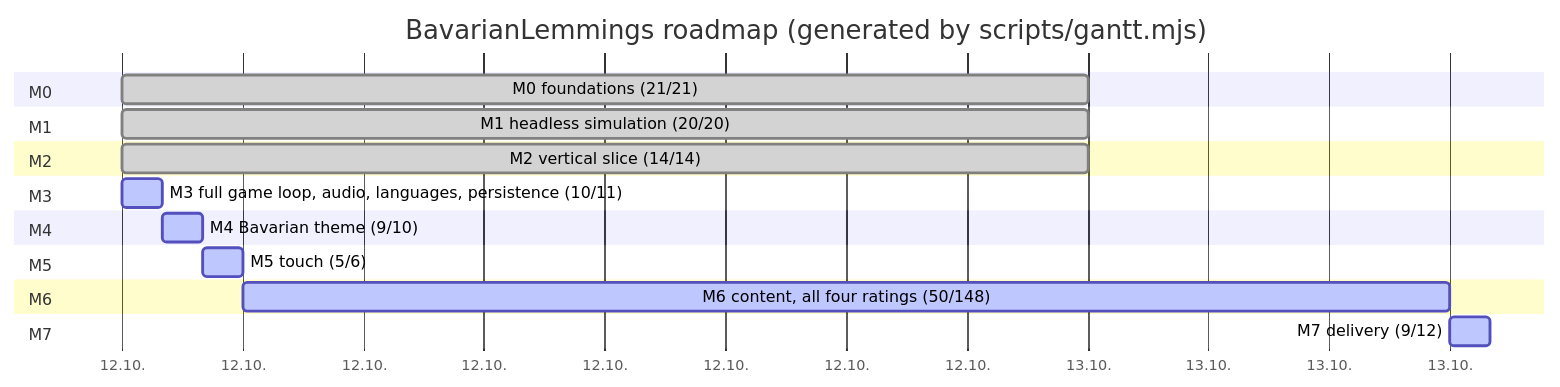
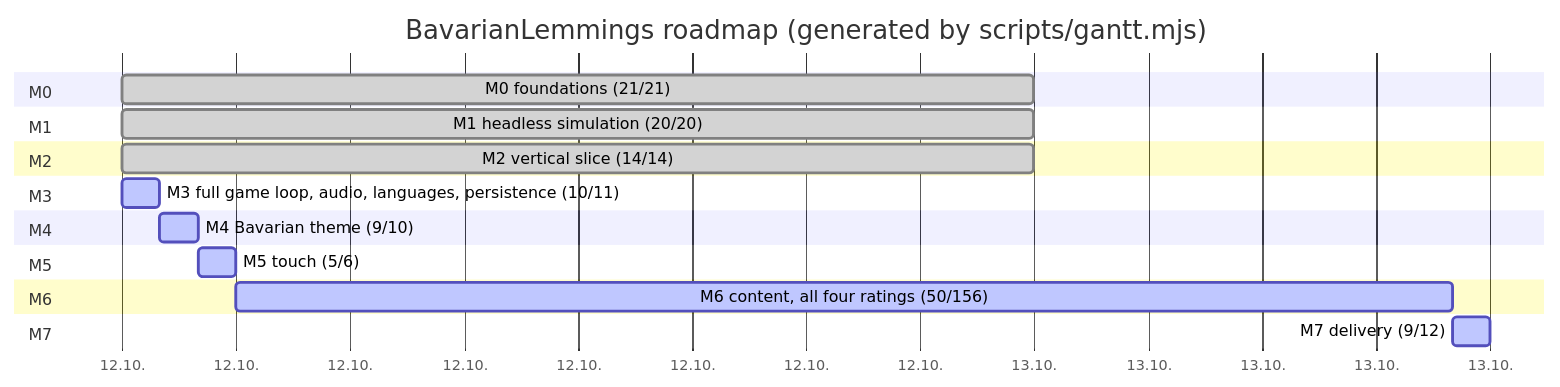
The diagram in plan.md (marcelpetrick/BavarianLemmings), drawn with Mermaid before and after one commit. The commit also changed other lines of this file and 2 other files, not shown here.

First line of the commit message:
docs: plan the skill fidelity, content and release run (v0.1.64)

````diff
--- a/plan.md
+++ b/plan.md
@@ -43,22 +43,22 @@
 ```mermaid
 gantt
     title BavarianLemmings roadmap (generated by scripts/gantt.mjs)
     dateFormat  YYYY-MM-DD
     axisFormat  %d.%m.
     section M0
     M0 foundations (21/21) :done, m0, 2026-10-12, 1d
     section M1
     M1 headless simulation (20/20) :done, m1, 2026-10-12, 1d
     section M2
     M2 vertical slice (14/14) :done, m2, 2026-10-12, 1d
     section M3
     M3 full game loop, audio, languages, persistence (10/11) :active, m3, 2026-10-12, 1h
     section M4
     M4 Bavarian theme (9/10) :active, m4, after m3, 1h
     section M5
     M5 touch (5/6) :active, m5, after m4, 1h
     section M6
-    M6 content, all four ratings (50/148) :active, m6, after m5, 30h
+    M6 content, all four ratings (50/156) :active, m6, after m5, 32h
     section M7
     M7 delivery (9/12) :active, m7, after m6, 1h
 ```
````
